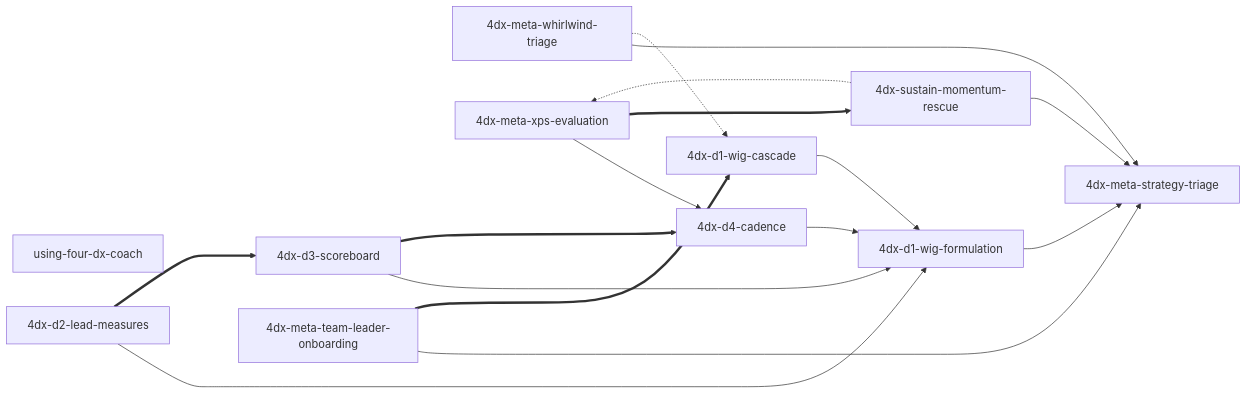
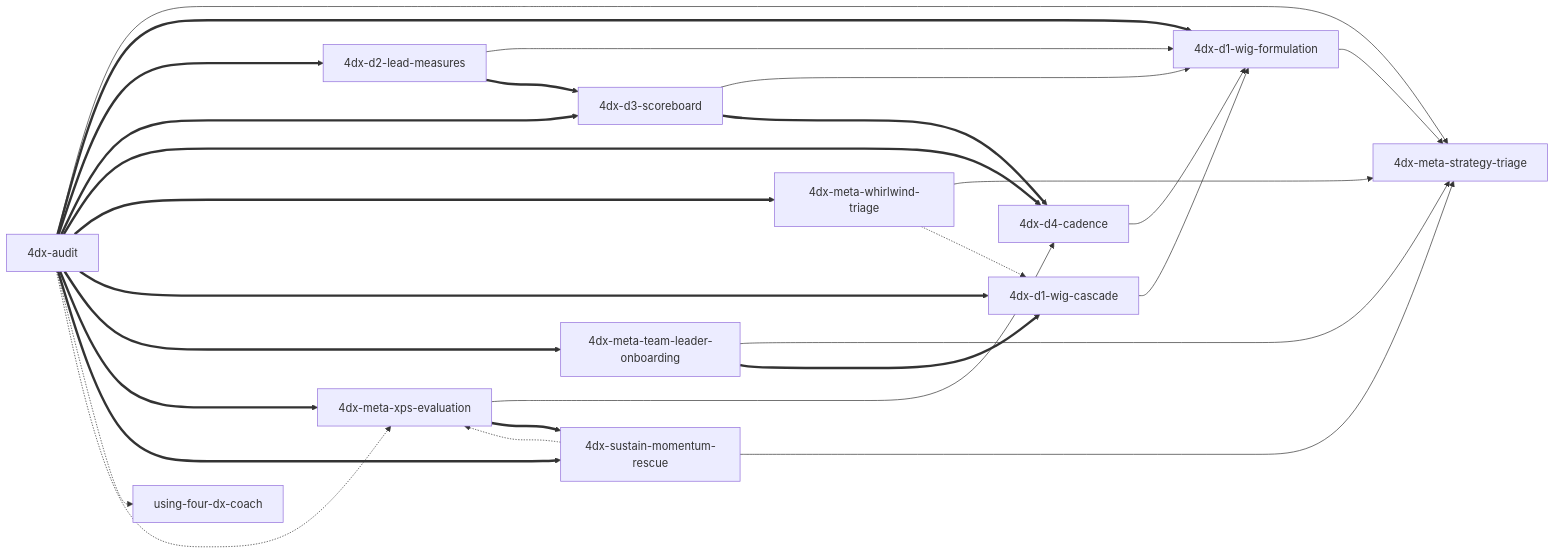
One commit to kouko/monkey-skills changed the diagram in four-dx-coach/INDEX.md. Above: the diagram before and after it, drawn with Mermaid. The commit also changed other lines of this file and 13 other files, not shown here.

````diff
--- a/four-dx-coach/INDEX.md
+++ b/four-dx-coach/INDEX.md
@@ -51,42 +54,57 @@
 ```mermaid
 graph LR
-    %% Plugin router
+    %% Coach-mode plugin router
     pr[using-four-dx-coach]
+
+    %% Consultant-mode entry point
+    audit[4dx-audit]
 
     %% Multi-file scope-flex skills
     meta[4dx-meta-strategy-triage]
     d1wig[4dx-d1-wig-formulation]
     d2[4dx-d2-lead-measures]
     d3[4dx-d3-scoreboard]
     d4[4dx-d4-cadence]
 
     %% Single-file scope-specific skills
     wt[4dx-meta-whirlwind-triage]
     cascade[4dx-d1-wig-cascade]
     onboard[4dx-meta-team-leader-onboarding]
     xps[4dx-meta-xps-evaluation]
     rescue[4dx-sustain-momentum-rescue]
 
     %% Router dispatches everywhere (omitted for legibility — pr defers to all)
 
     %% Depends-on (solid)
     wt --> meta
     d1wig --> meta
     d2 --> d1wig
     d3 --> d1wig
     d4 --> d1wig
     cascade --> d1wig
     onboard --> meta
     xps --> d4
     rescue --> meta
+    audit --> meta
 
     %% Composes-with (thick) — typically used together
     d2 ===> d3
     d3 ===> d4
     onboard ===> cascade
     xps ===> rescue
+    audit ===> d1wig
+    audit ===> d2
+    audit ===> d3
+    audit ===> d4
+    audit ===> wt
+    audit ===> cascade
+    audit ===> onboard
+    audit ===> xps
+    audit ===> rescue
 
     %% Contrasts-with (dotted) — same domain, alternative scope/phase
     rescue -.-> xps
     wt -.-> cascade
+    audit -.-> pr
+    audit -.-> xps
 ```
````
